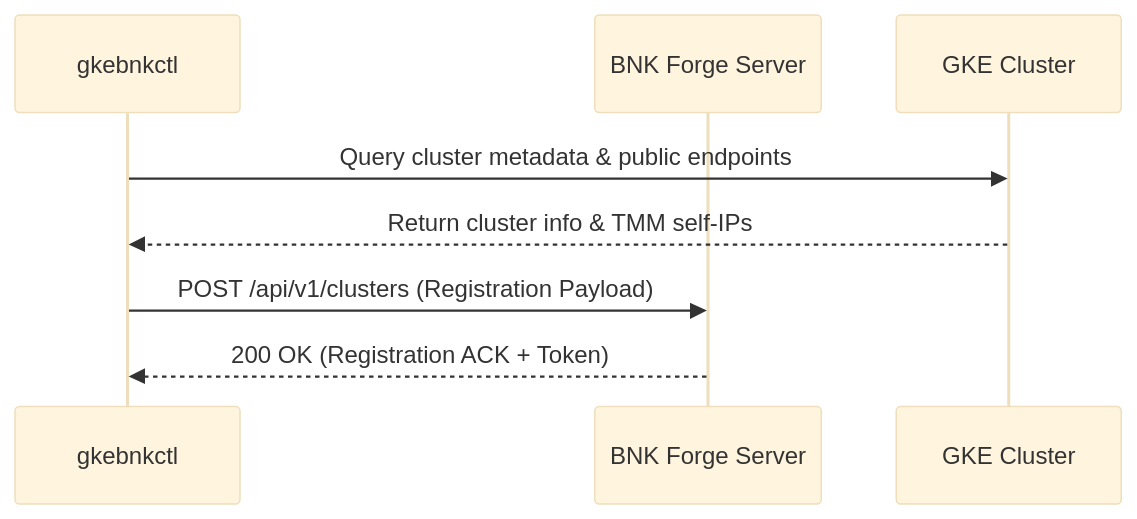
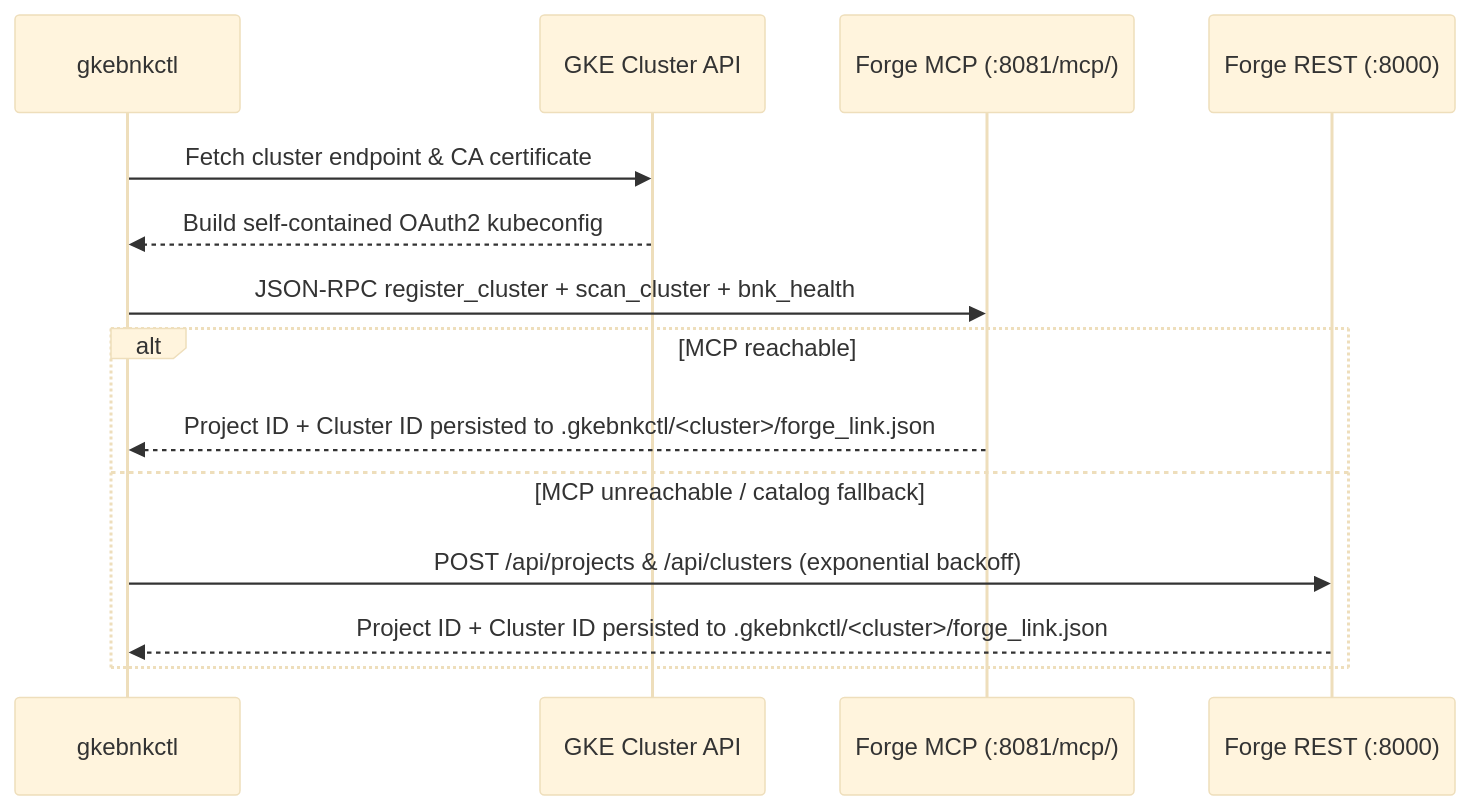
One commit to JLCode-tech/gkebnkctl changed the diagram in docs/FORGE_INTEGRATION.md. Above: the diagram before and after it, drawn with Mermaid (base theme). The commit also changed other lines of this file and 27 other files, not shown here.

Commit message:
feat(cli,ci,docs): add self update checksums, scenarios --all, and align CI/release/docs parity (#68)

````diff
--- a/docs/FORGE_INTEGRATION.md
+++ b/docs/FORGE_INTEGRATION.md
@@ -28,11 +63,17 @@
 ```mermaid
 sequenceDiagram
     participant CLI as gkebnkctl
-    participant Forge as BNK Forge Server
-    participant GKE as GKE Cluster
+    participant GKE as GKE Cluster API
+    participant MCP as Forge MCP (:8081/mcp/)
+    participant REST as Forge REST (:8000)
 
-    CLI->>GKE: Query cluster metadata & public endpoints
-    GKE-->>CLI: Return cluster info & TMM self-IPs
-    CLI->>Forge: POST /api/v1/clusters (Registration Payload)
-    Forge-->>CLI: 200 OK (Registration ACK + Token)
+    CLI->>GKE: Fetch cluster endpoint & CA certificate
+    GKE-->>CLI: Build self-contained OAuth2 kubeconfig
+    CLI->>MCP: JSON-RPC register_cluster + scan_cluster + bnk_health
+    alt MCP reachable
+        MCP-->>CLI: Project ID + Cluster ID persisted to .gkebnkctl/<cluster>/forge_link.json
+    else MCP unreachable / catalog fallback
+        CLI->>REST: POST /api/projects & /api/clusters (exponential backoff)
+        REST-->>CLI: Project ID + Cluster ID persisted to .gkebnkctl/<cluster>/forge_link.json
+    end
 ```
````
